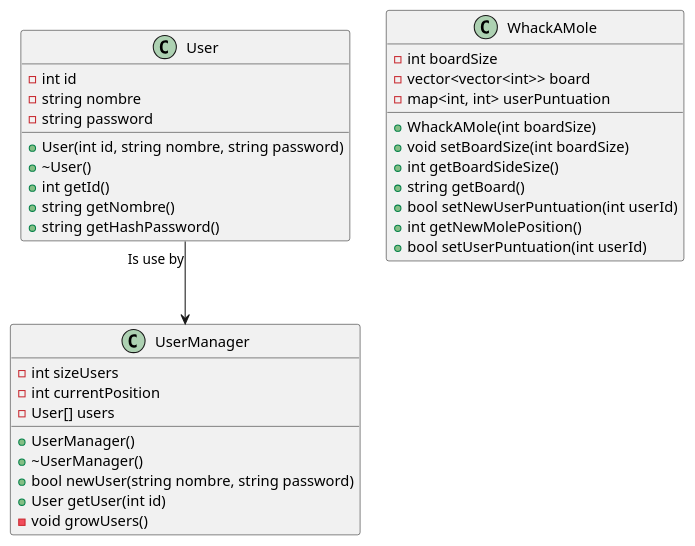
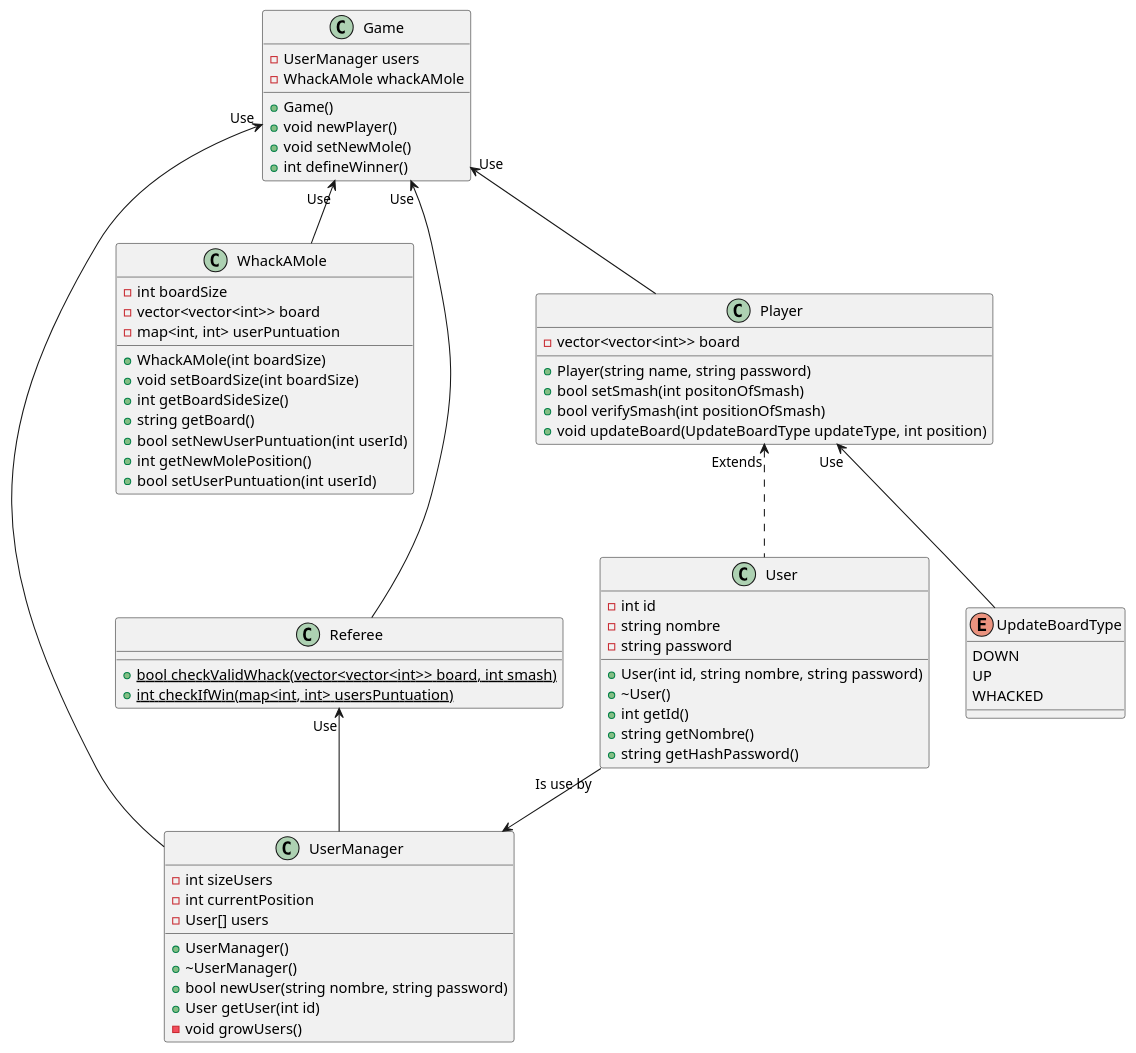
One commit to Tanque40/proyecto_alpha_sistemas_distribuidos changed the diagram in docs/arch.plantuml. Above: the diagram before and after it, drawn with PlantUML. The commit also changed 12 other files, not shown here.

```diff
--- a/docs/arch.plantuml
+++ b/docs/arch.plantuml
@@ -1,43 +1,81 @@
 @startuml arch_proyecto_alpha
 
 class User {
     - int id
     - string nombre
     - string password
 
     + User(int id, string nombre, string password)
     + \~User()
     + int getId()
     + string getNombre()
     + string getHashPassword()
 }
 
 class UserManager {
     - int sizeUsers
     - int currentPosition
     - User[] users
 
     + UserManager()
     + \~UserManager()
     + bool newUser(string nombre, string password)
     + User getUser(int id)
     - void growUsers()
 }
 
 class WhackAMole {
     - int boardSize
     - vector<vector<int>> board
     - map<int, int> userPuntuation
 
     + WhackAMole(int boardSize)
     + void setBoardSize(int boardSize)
     + int getBoardSideSize()
     + string getBoard()
     + bool setNewUserPuntuation(int userId)
     + int getNewMolePosition()
     + bool setUserPuntuation(int userId)
 }
 
+class Referee{
+    + {static} bool checkValidWhack(vector<vector<int>> board, int smash)
+    + {static} int checkIfWin(map<int, int> usersPuntuation)
+}
+
+enum UpdateBoardType{
+    DOWN
+    UP
+    WHACKED
+}
+
+class Player {
+    - vector<vector<int>> board
+
+    + Player(string name, string password)
+    + bool setSmash(int positonOfSmash)
+    + bool verifySmash(int positionOfSmash)
+    + void updateBoard(UpdateBoardType updateType, int position)
+}
+
+class Game {
+    - UserManager users
+    - WhackAMole whackAMole
+
+    + Game()
+    + void newPlayer()
+    + void setNewMole()
+    + int defineWinner()
+}
+
 User "Is use by" --> UserManager 
 
+Referee "Use" <-- UserManager
+Player "Extends" <.. User
+Player "Use" <-- UpdateBoardType
+Game "Use" <-- UserManager
+Game "Use" <-- Referee
+Game "Use" <-- Player
+Game "Use" <-- WhackAMole
+
 @enduml
```
